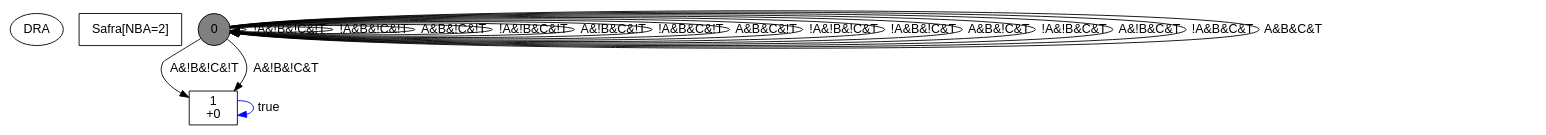
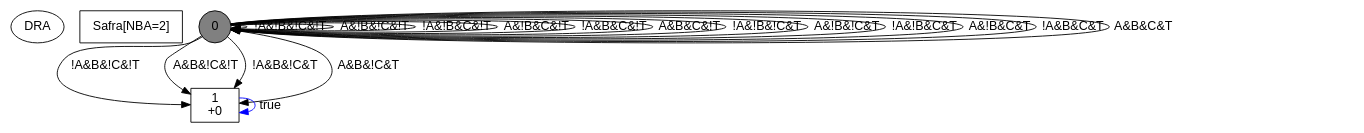
One commit to gaoqitong/DRA_Guide_Planning changed the diagram in my.dot. Above: the diagram before and after it, drawn with Graphviz. The commit also changed 9 other files, not shown here.

```diff
--- a/my.dot
+++ b/my.dot
@@ -1,25 +1,25 @@
 digraph DRA {
  node [fontname=Helvetica]
  edge [constraints=false, fontname=Helvetica]
 "type" [shape=ellipse, label="DRA"]
 "comment" [shape=box, label="Safra[NBA=2]"]
 "0" [label= "0", shape=circle, style=filled, color=black, fillcolor=grey]
 "0" -> "0" [label=" !A&!B&!C&!T"]
-"0" -> "1" [label=" A&!B&!C&!T"]
-"0" -> "0" [label=" !A&B&!C&!T"]
-"0" -> "0" [label=" A&B&!C&!T"]
+"0" -> "0" [label=" A&!B&!C&!T"]
+"0" -> "1" [label=" !A&B&!C&!T"]
+"0" -> "1" [label=" A&B&!C&!T"]
 "0" -> "0" [label=" !A&!B&C&!T"]
 "0" -> "0" [label=" A&!B&C&!T"]
 "0" -> "0" [label=" !A&B&C&!T"]
 "0" -> "0" [label=" A&B&C&!T"]
 "0" -> "0" [label=" !A&!B&!C&T"]
-"0" -> "1" [label=" A&!B&!C&T"]
-"0" -> "0" [label=" !A&B&!C&T"]
-"0" -> "0" [label=" A&B&!C&T"]
+"0" -> "0" [label=" A&!B&!C&T"]
+"0" -> "1" [label=" !A&B&!C&T"]
+"0" -> "1" [label=" A&B&!C&T"]
 "0" -> "0" [label=" !A&!B&C&T"]
 "0" -> "0" [label=" A&!B&C&T"]
 "0" -> "0" [label=" !A&B&C&T"]
 "0" -> "0" [label=" A&B&C&T"]
 "1" [label= "1\n +0", shape=box]
 "1" -> "1" [label=" true", color=blue]
 }
```
